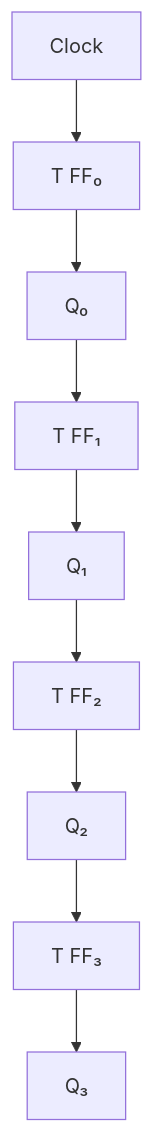
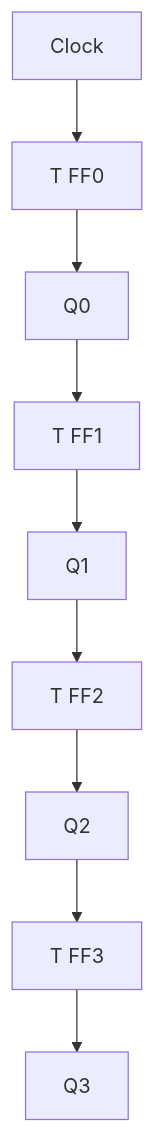
The seventh of 9 diagrams in docs/courses/digital-logic/06-sequential-circuits.md (Raushan666java/ai-engineering-journey), drawn with Mermaid before and after one commit. The commit also changed other lines of this file and 790 other files, not shown here.

Commit message:
Sync all course diagram renders and content updates

````diff
--- a/docs/courses/digital-logic/06-sequential-circuits.md
+++ b/docs/courses/digital-logic/06-sequential-circuits.md
@@ -462,11 +462,11 @@
 ```mermaid
 graph TD
-    CLK[Clock] --> T0[T FF₀]
-    T0 --> Q0[Q₀]
-    Q0 --> T1[T FF₁]
-    T1 --> Q1[Q₁]
-    Q1 --> T2[T FF₂]
-    T2 --> Q2[Q₂]
-    Q2 --> T3[T FF₃]
-    T3 --> Q3[Q₃]
+    CLK[Clock] --> T0[T FF0]
+    T0 --> Q0[Q0]
+    Q0 --> T1[T FF1]
+    T1 --> Q1[Q1]
+    Q1 --> T2[T FF2]
+    T2 --> Q2[Q2]
+    Q2 --> T3[T FF3]
+    T3 --> Q3[Q3]
 ```
````
